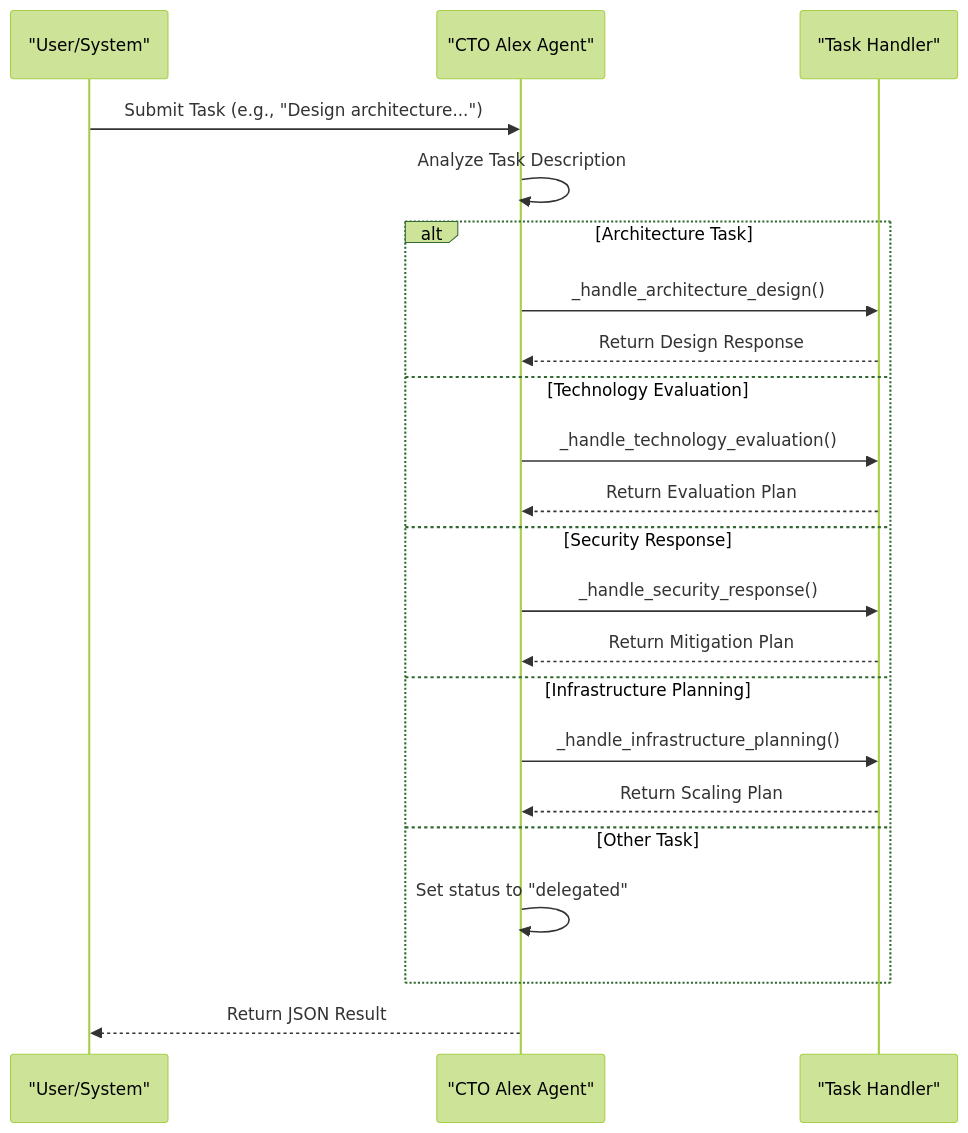
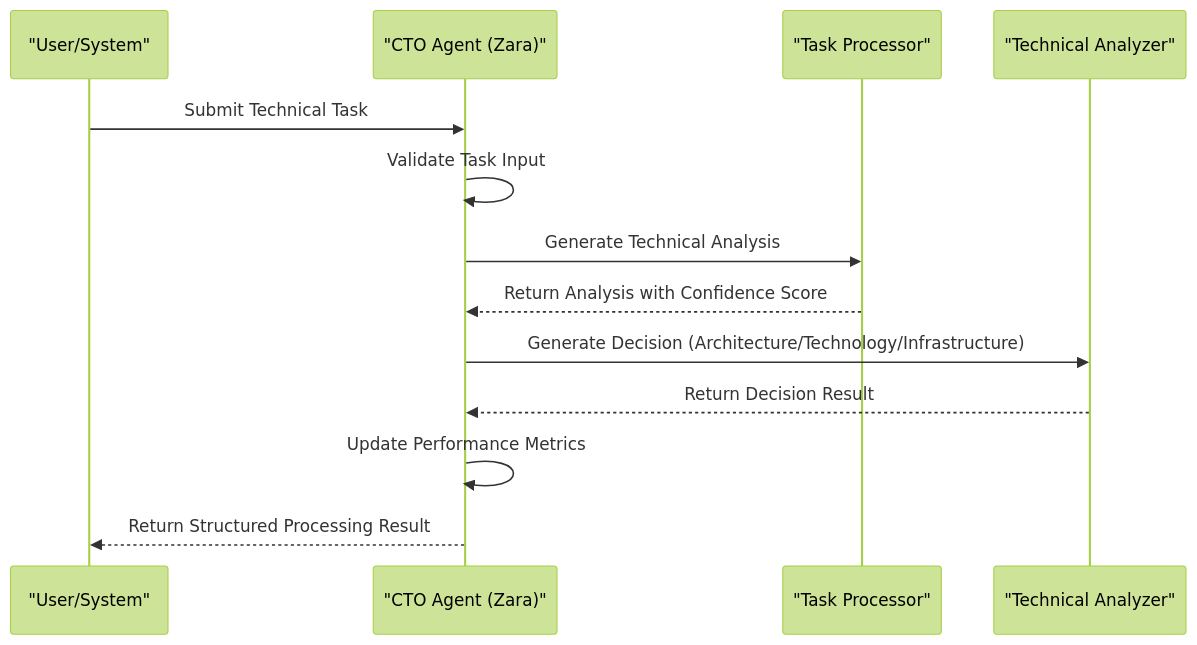
Before and after one commit to 371-Minds/os: the third of 5 diagrams in .qoder/repowiki/en/content/CTO Agent (Alex).md, drawn with Mermaid (forest theme). The commit also changed other lines of this file and 10 other files, not shown here.

````diff
--- a/.qoder/repowiki/en/content/CTO Agent (Alex).md
+++ b/.qoder/repowiki/en/content/CTO Agent (Alex).md
@@ -137,24 +228,15 @@
 ```mermaid
 sequenceDiagram
 participant User as "User/System"
-participant CTO as "CTO Alex Agent"
-participant Handler as "Task Handler"
-User->>CTO : Submit Task (e.g., "Design architecture...")
-CTO->>CTO : Analyze Task Description
-alt Architecture Task
-CTO->>Handler : _handle_architecture_design()
-Handler-->>CTO : Return Design Response
-else Technology Evaluation
-CTO->>Handler : _handle_technology_evaluation()
-Handler-->>CTO : Return Evaluation Plan
-else Security Response
-CTO->>Handler : _handle_security_response()
-Handler-->>CTO : Return Mitigation Plan
-else Infrastructure Planning
-CTO->>Handler : _handle_infrastructure_planning()
-Handler-->>CTO : Return Scaling Plan
-else Other Task
-CTO->>CTO : Set status to "delegated"
-end
-CTO-->>User : Return JSON Result
+participant CTO as "CTO Agent (Zara)"
+participant Processor as "Task Processor"
+participant Analyzer as "Technical Analyzer"
+User->>CTO : Submit Technical Task
+CTO->>CTO : Validate Task Input
+CTO->>Processor : Generate Technical Analysis
+Processor-->>CTO : Return Analysis with Confidence Score
+CTO->>Analyzer : Generate Decision (Architecture/Technology/Infrastructure)
+Analyzer-->>CTO : Return Decision Result
+CTO->>CTO : Update Performance Metrics
+CTO-->>User : Return Structured Processing Result
 ```
````
